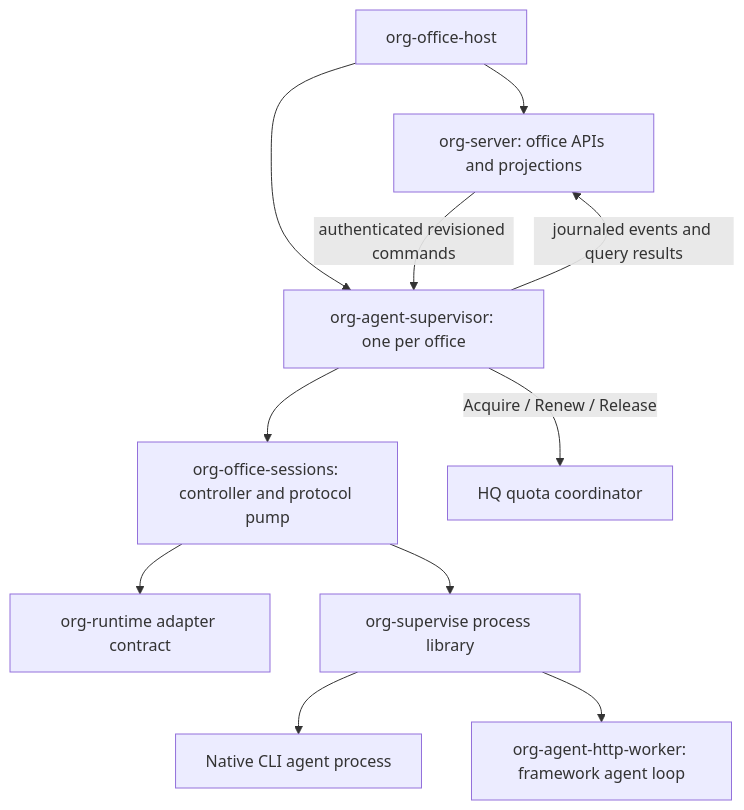
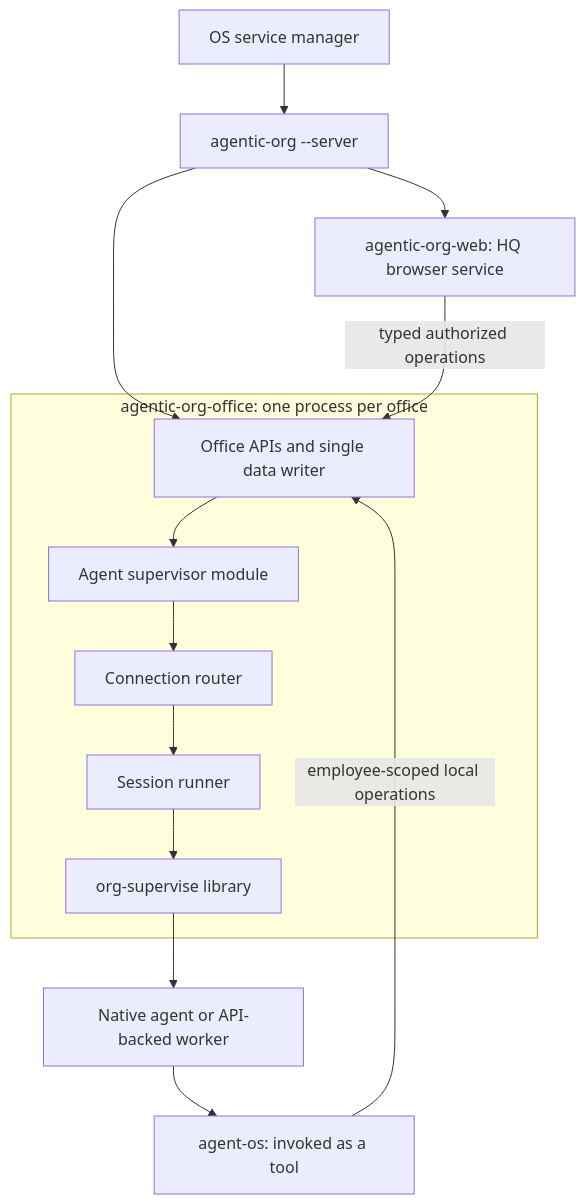
The first of 4 diagrams in docs/design/organization-data/11-agent-execution-pools-addendum.md (vgmello/agentic-org), drawn with Mermaid before and after one commit. The commit also changed other lines of this file, not shown here.

Commit message:
docs: align executable names and office-hosted supervision

````diff
--- a/docs/design/organization-data/11-agent-execution-pools-addendum.md
+++ b/docs/design/organization-data/11-agent-execution-pools-addendum.md
@@ -28,13 +37,16 @@
 ```mermaid
 flowchart TD
-    Host[org-office-host] --> Server[org-server: office APIs and projections]
-    Host --> Supervisor[org-agent-supervisor: one per office]
-    Server -->|authenticated revisioned commands| Supervisor
-    Supervisor -->|journaled events and query results| Server
-    Supervisor --> Pump[org-office-sessions: controller and protocol pump]
-    Pump --> Port[org-runtime adapter contract]
-    Pump --> OS[org-supervise process library]
-    OS --> CLI[Native CLI agent process]
-    OS --> HTTP[org-agent-http-worker: framework agent loop]
-    Supervisor -->|Acquire / Renew / Release| HQ[HQ quota coordinator]
+    Manager[OS service manager] --> Host[agentic-org --server]
+    Host --> Web[agentic-org-web: HQ browser service]
+    Host --> API
+    Web -->|typed authorized operations| API
+    subgraph Office[agentic-org-office: one process per office]
+        API[Office APIs and single data writer] --> Supervisor[Agent supervisor module]
+        Supervisor --> Router[Connection router]
+        Router --> Runner[Session runner]
+        Runner --> OS[org-supervise library]
+    end
+    OS --> Runtime[Native agent or API-backed worker]
+    Runtime --> AgentCLI[agent-os: invoked as a tool]
+    AgentCLI -->|employee-scoped local operations| API
 ```
````
